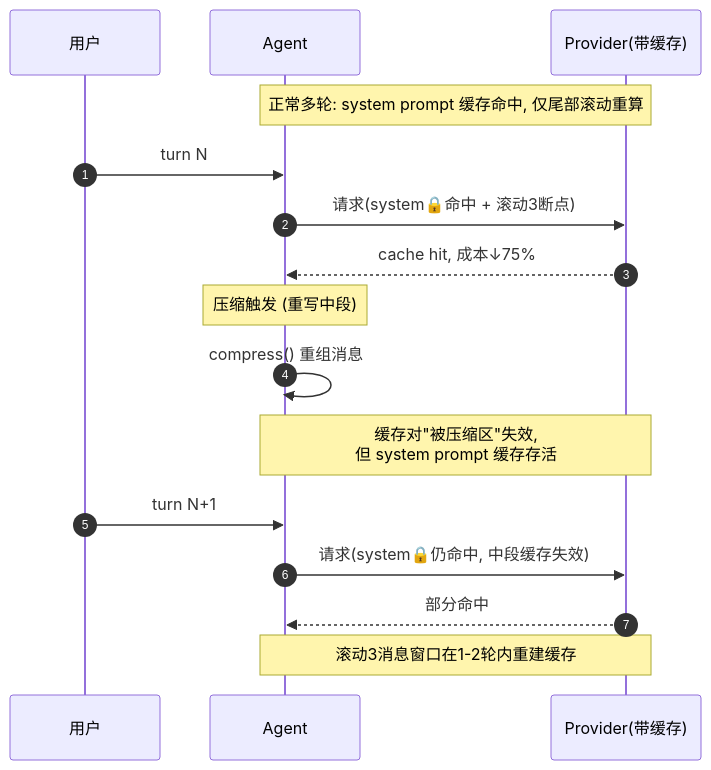
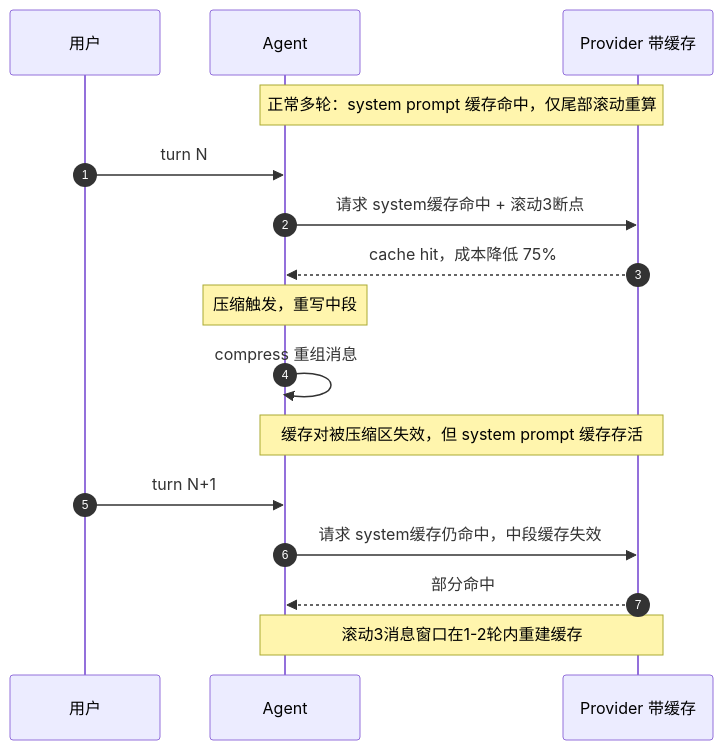
One commit to eriklee1895/writing-agent-harness changed diagram 14 of 16 in content/origin/2026-07-01-hermes-context-compression/index.md. Above: the diagram before and after it, drawn with Mermaid. The commit also changed other lines of this file and 5 other files, not shown here.

````diff
--- a/content/origin/2026-07-01-hermes-context-compression/index.md
+++ b/content/origin/2026-07-01-hermes-context-compression/index.md
@@ -601,20 +601,20 @@
 ```mermaid
 sequenceDiagram
     autonumber
     participant U as 用户
     participant A as Agent
-    participant P as Provider(带缓存)
+    participant P as Provider 带缓存
 
-    Note over A,P: 正常多轮: system prompt 缓存命中, 仅尾部滚动重算
+    Note over A,P: 正常多轮：system prompt 缓存命中，仅尾部滚动重算
     U->>A: turn N
-    A->>P: 请求(system🔒命中 + 滚动3断点)
-    P-->>A: cache hit, 成本↓75%
+    A->>P: 请求 system缓存命中 + 滚动3断点
+    P-->>A: cache hit，成本降低 75%
 
-    Note over A: 压缩触发 (重写中段)
-    A->>A: compress() 重组消息
-    Note over A,P: 缓存对"被压缩区"失效,<br/>但 system prompt 缓存存活
+    Note over A: 压缩触发，重写中段
+    A->>A: compress 重组消息
+    Note over A,P: 缓存对被压缩区失效，但 system prompt 缓存存活
     U->>A: turn N+1
-    A->>P: 请求(system🔒仍命中, 中段缓存失效)
+    A->>P: 请求 system缓存仍命中，中段缓存失效
     P-->>A: 部分命中
     Note over A,P: 滚动3消息窗口在1-2轮内重建缓存
 ```
````
